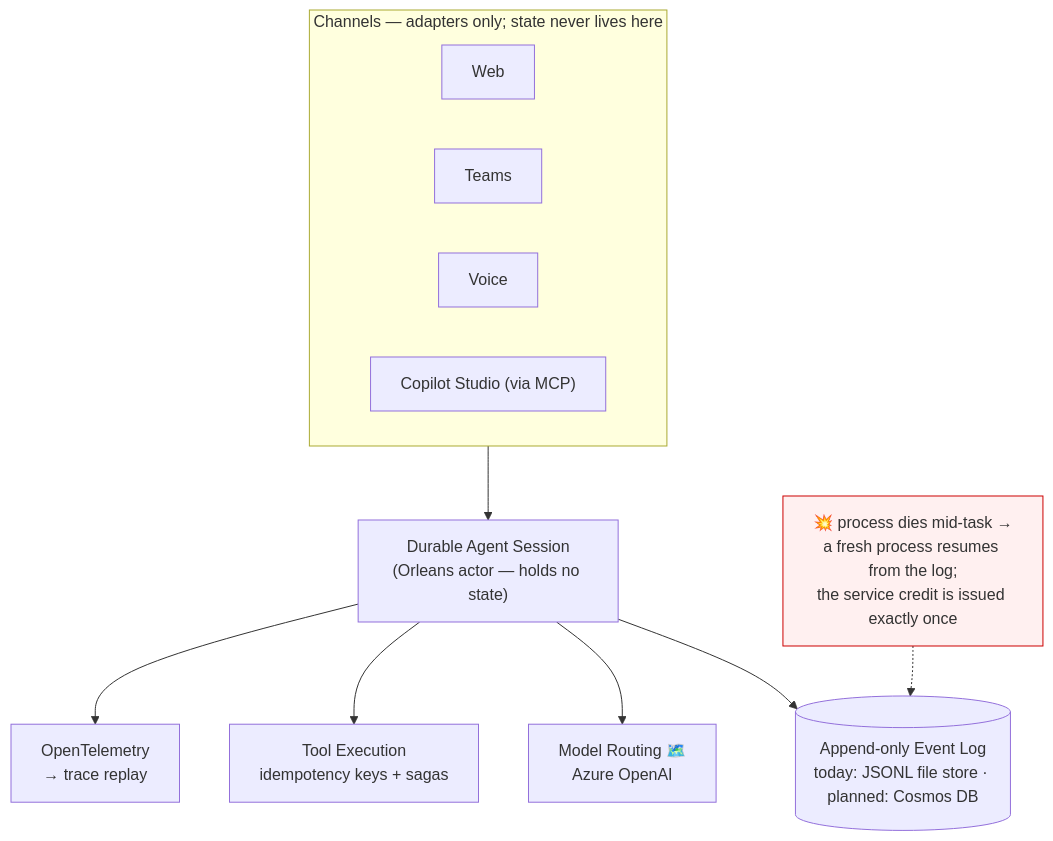
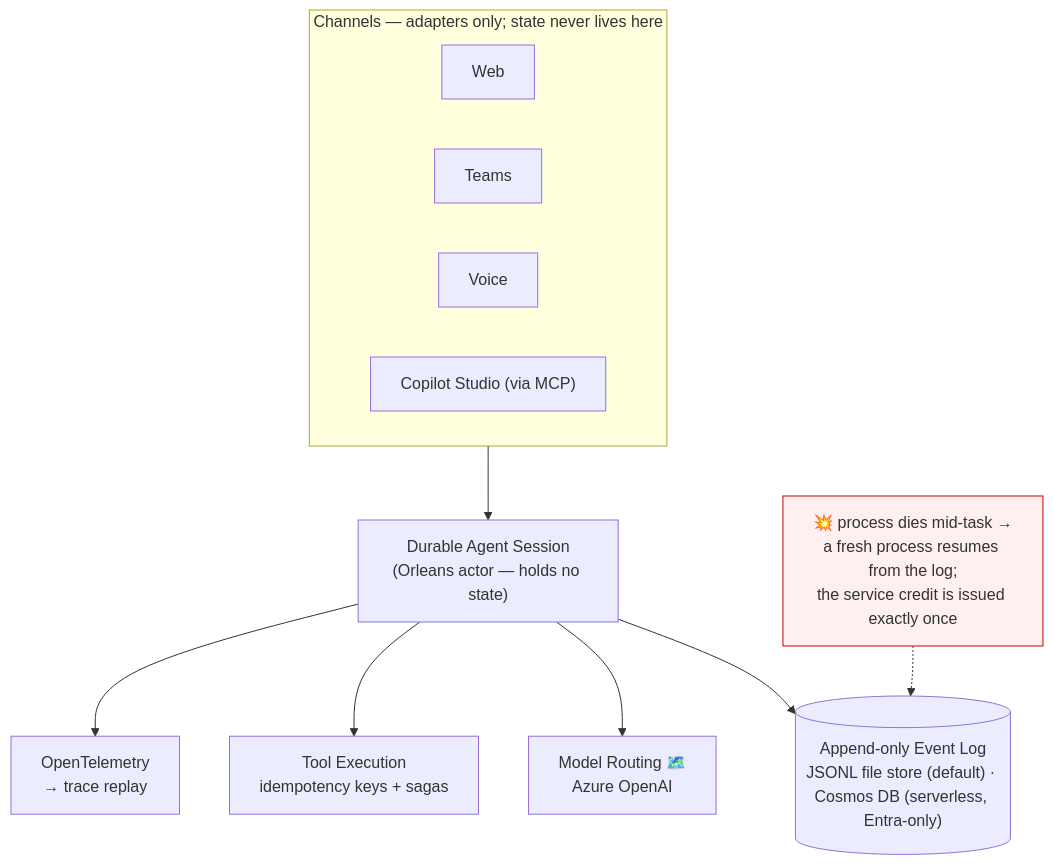
The diagram in README.md (parammadan/aurelia), drawn with Mermaid before and after one commit. The commit also changed other lines of this file and 3 other files, not shown here.

````diff
--- a/README.md
+++ b/README.md
@@ -18,24 +18,24 @@
 ```mermaid
 flowchart TD
     subgraph CH["Channels — adapters only; state never lives here"]
         WEB["Web"]
         TEAMS["Teams"]
         VOICE["Voice"]
         CS["Copilot Studio (via MCP)"]
     end
     SESSION["Durable Agent Session<br/>(Orleans actor — holds no state)"]
-    LOG[("Append-only Event Log<br/>today: JSONL file store · planned: Cosmos DB")]
+    LOG[("Append-only Event Log<br/>JSONL file store (default) · Cosmos DB (serverless, Entra-only)")]
     ROUTE["Model Routing 🗺️<br/>Azure OpenAI"]
     TOOLS["Tool Execution<br/>idempotency keys + sagas"]
     OTEL["OpenTelemetry<br/>→ trace replay"]
     CRASH["💥 process dies mid-task →<br/>a fresh process resumes from the log;<br/>the service credit is issued exactly once"]
 
     CH --> SESSION
     SESSION --> LOG
     SESSION --> ROUTE
     SESSION --> TOOLS
     SESSION --> OTEL
     CRASH -.-> LOG
 
     style CRASH fill:#fff0f0,stroke:#cc0000
 ```
````
